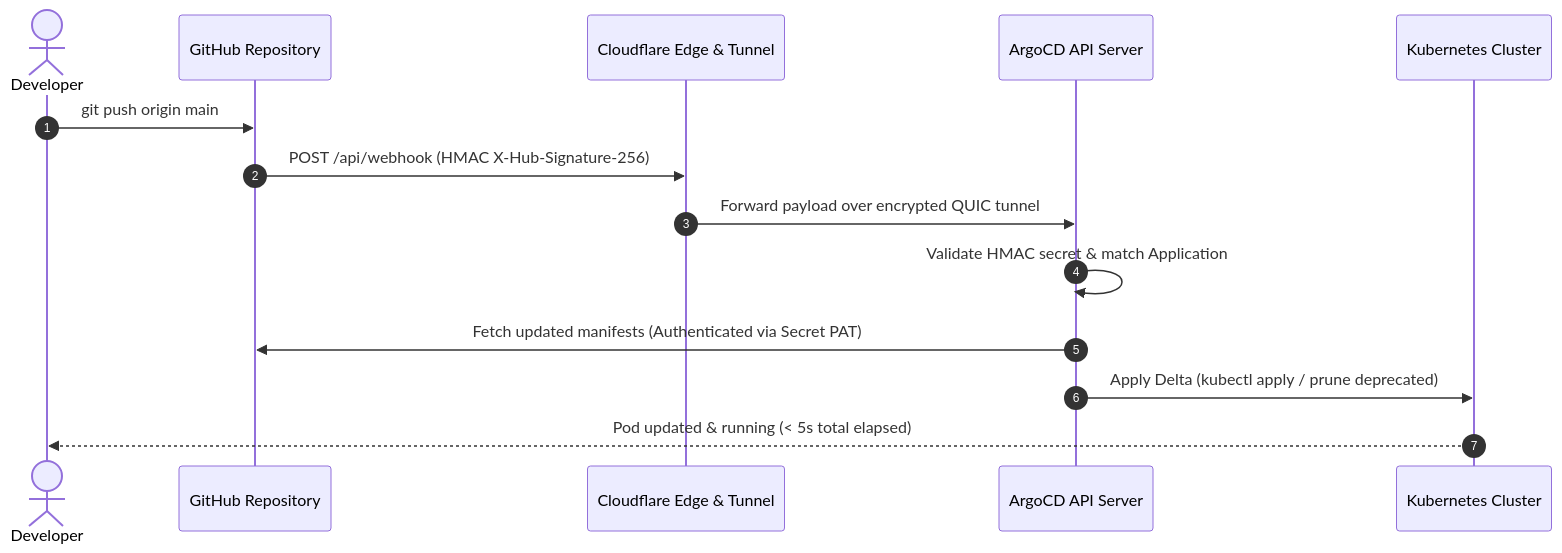
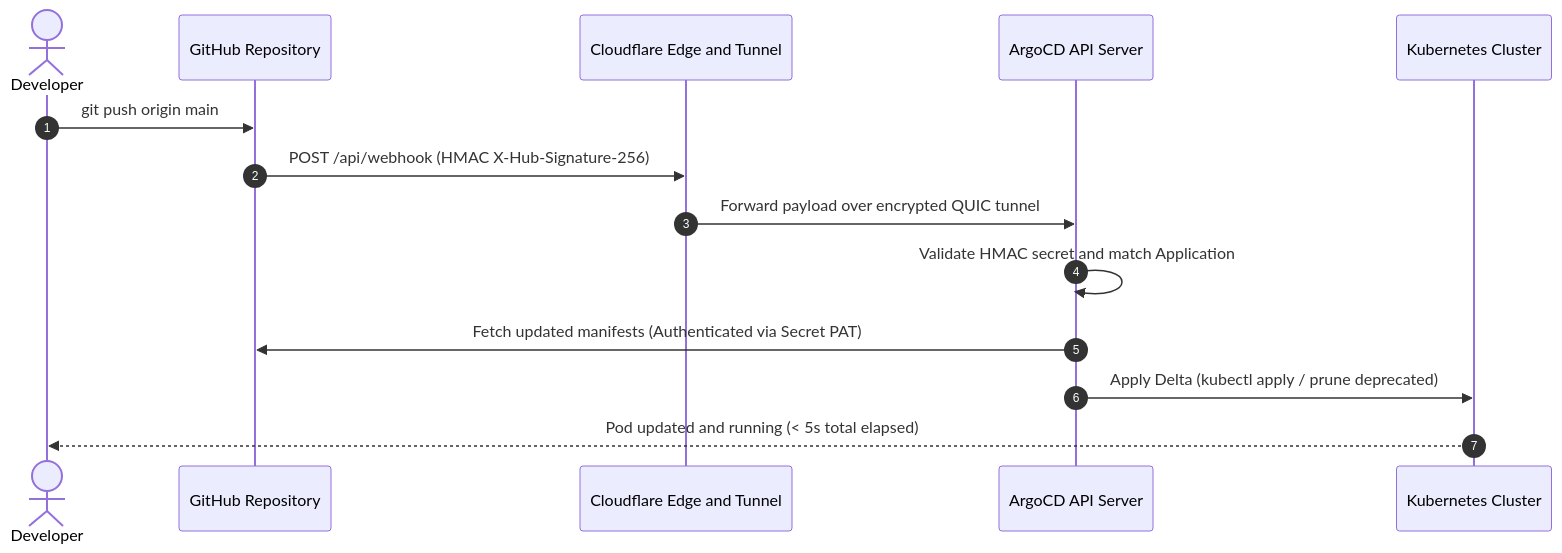
Before and after one commit to aayasir2177/homenode.online-personal-documentation: the diagram in docs/kubernetes/argocd-gitops.md, drawn with Mermaid. The commit also changed 9 other files, not shown here.

Commit message:
fix: integrate vitepress-plugin-mermaid for flowchart rendering

````diff
--- a/docs/kubernetes/argocd-gitops.md
+++ b/docs/kubernetes/argocd-gitops.md
@@ -29,17 +29,17 @@
 ```mermaid
 sequenceDiagram
     autonumber
     actor Dev as Developer
     participant GH as GitHub Repository
-    participant CF as Cloudflare Edge & Tunnel
+    participant CF as Cloudflare Edge and Tunnel
     participant Argo as ArgoCD API Server
     participant K8s as Kubernetes Cluster
 
     Dev->>GH: git push origin main
     GH->>CF: POST /api/webhook (HMAC X-Hub-Signature-256)
     CF->>Argo: Forward payload over encrypted QUIC tunnel
-    Argo->>Argo: Validate HMAC secret & match Application
+    Argo->>Argo: Validate HMAC secret and match Application
     Argo->>GH: Fetch updated manifests (Authenticated via Secret PAT)
     Argo->>K8s: Apply Delta (kubectl apply / prune deprecated)
-    K8s-->>Dev: Pod updated & running (< 5s total elapsed)
+    K8s-->>Dev: Pod updated and running (< 5s total elapsed)
 ```
````
